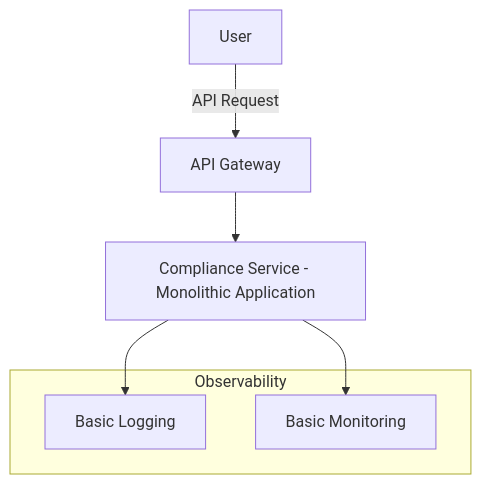
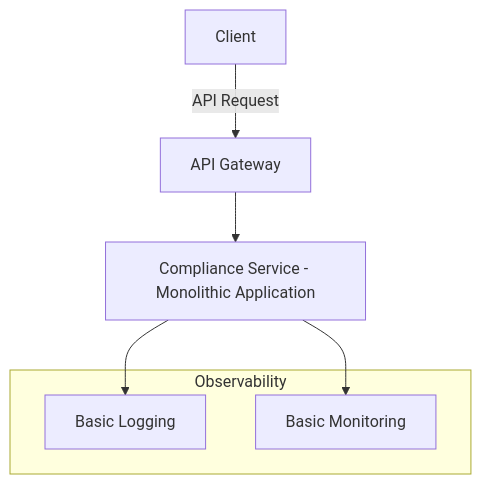
Before and after one commit to miketolbert/compliance-service: the first of 3 diagrams in SIMPLIFIED_APPROACH.md, drawn with Mermaid. The commit also changed other lines of this file, not shown here.

Commit message:
add sequence diagram

````diff
--- a/SIMPLIFIED_APPROACH.md
+++ b/SIMPLIFIED_APPROACH.md
@@ -9,13 +9,13 @@
 ```mermaid
 graph TD
-    A[User] -->|API Request| B[API Gateway]
+    A[Client] -->|API Request| B[API Gateway]
     B --> C[Compliance Service - Monolithic Application]
 
     subgraph Observability
         E[Basic Logging]
         F[Basic Monitoring]
     end
 
     C --> E
     C --> F
 ```
````
